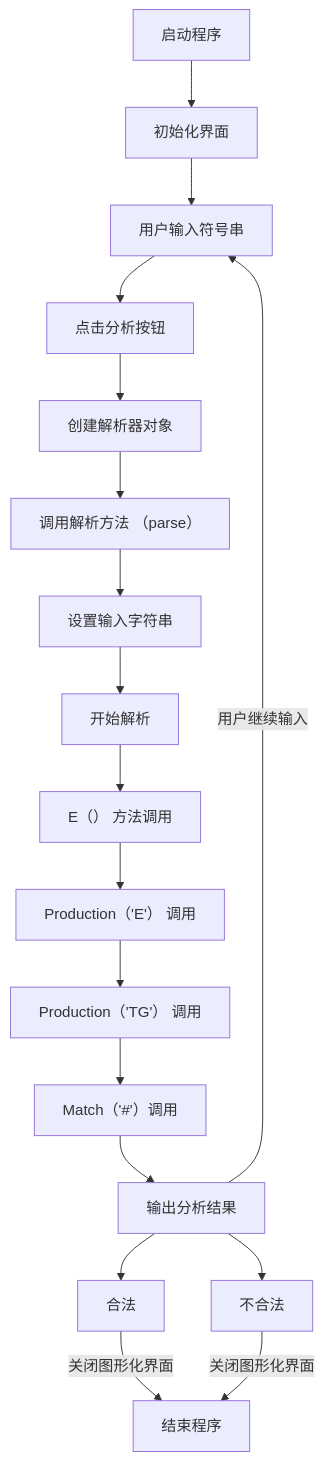
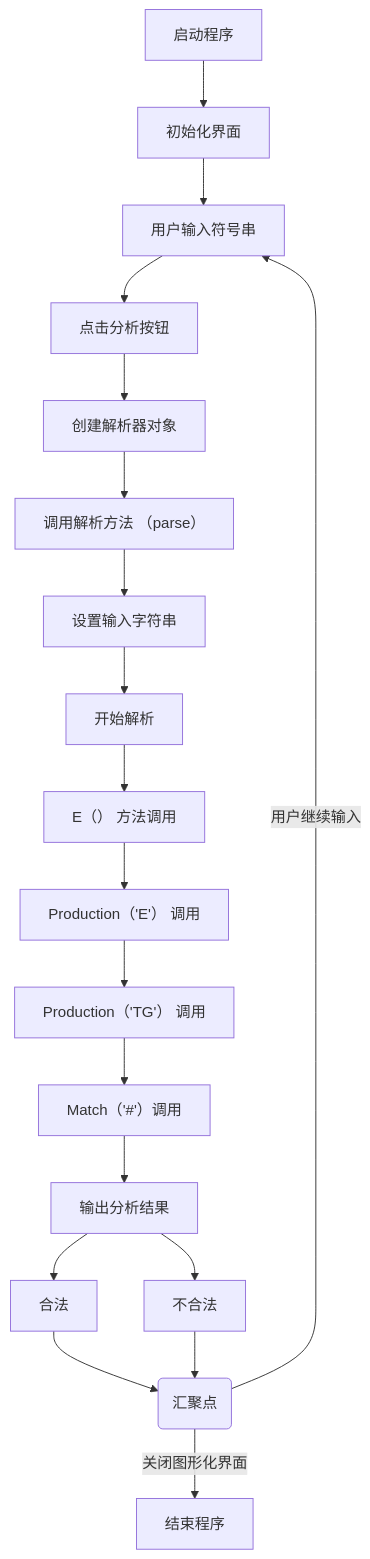
The diagram in 递归下降分析.md (IceSniperring/Compilation-principle-homework), drawn with Mermaid before and after one commit. The commit also changed 4 other files, not shown here.

Commit message:
modified: "增加了图片，并且修改了些流程"

````diff
--- a/递归下降分析.md
+++ b/递归下降分析.md
@@ -3,19 +3,21 @@
 ```mermaid
 graph TD
     A[启动程序] --> B[初始化界面]
     B --> C[用户输入符号串]
     C --> D[点击分析按钮]
     D --> E[创建解析器对象]
     E --> F[调用解析方法 （parse）]
     F --> G[设置输入字符串]
     G --> H[开始解析]
     H --> I[E（） 方法调用]
     I --> J[Production（'E'） 调用]
     J --> K[Production（'TG'） 调用]
     K --> L[Match（'#'）调用]
-    L --> M[输出分析结果] --> |用户继续输入|C
+    L --> M[输出分析结果] 
     M --> yes[合法]
     M --> no[不合法]
-    yes --> |关闭图形化界面|N[结束程序]
-    no --> |关闭图形化界面|N[结束程序]
+    yes --> ''(汇聚点)
+    no --> ''(汇聚点)
+    '' -->|关闭图形化界面|N[结束程序]
+    ''--> |用户继续输入|C
 ```
````
